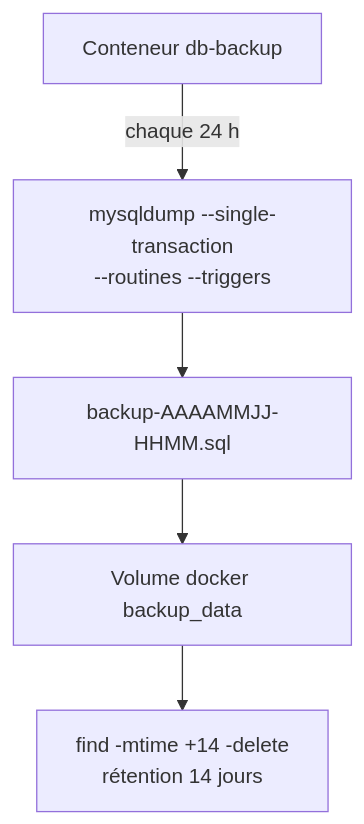
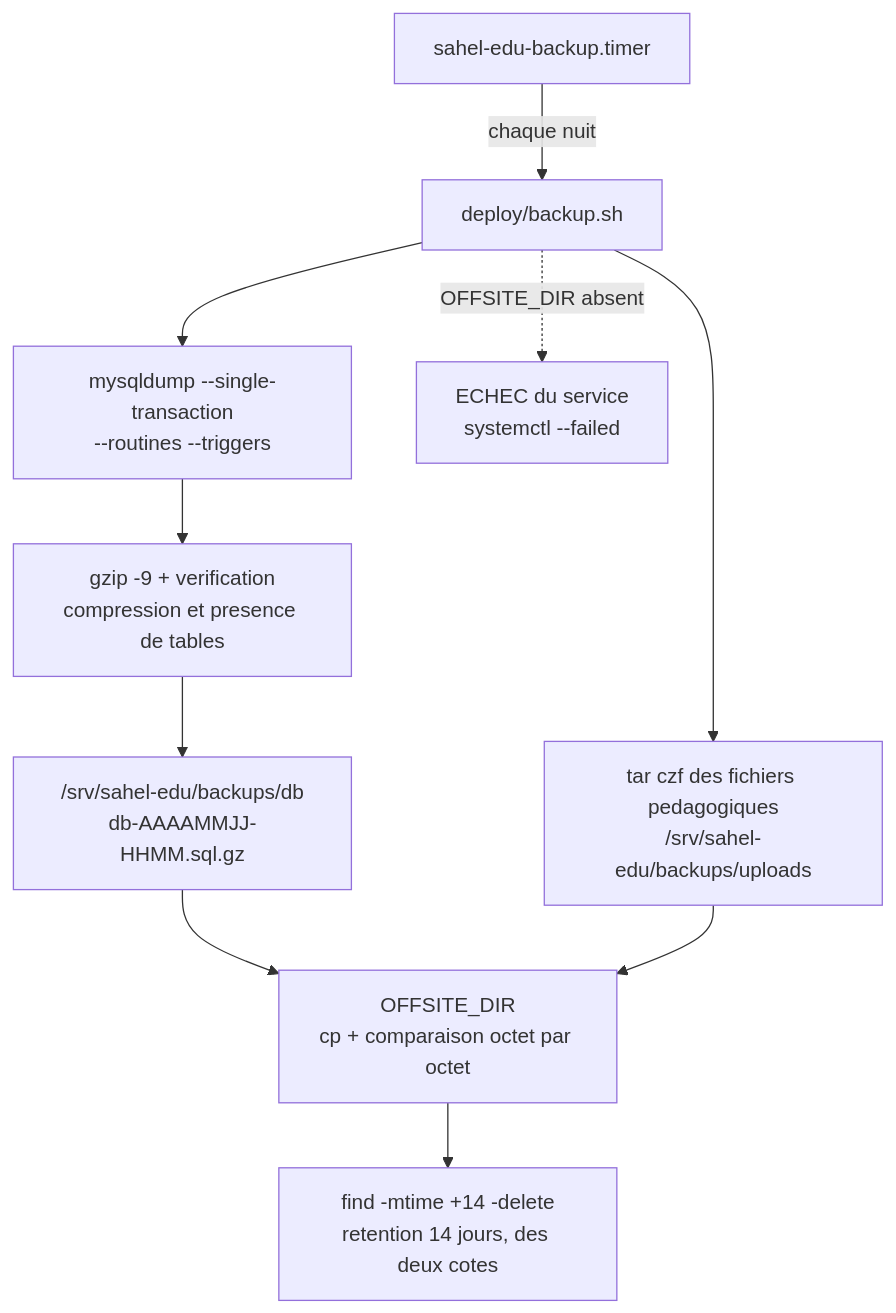
One commit to Harouna223/school-management-system changed the fifth of 5 diagrams in docs/DIAGRAMMES.md. Above: the diagram before and after it, drawn with Mermaid. The commit also changed other lines of this file and 8 other files, not shown here.

````diff
--- a/docs/DIAGRAMMES.md
+++ b/docs/DIAGRAMMES.md
@@ -120,7 +123,12 @@
 ```mermaid
 flowchart TD
-  BK[Conteneur db-backup] -->|chaque 24 h| D[mysqldump --single-transaction\n--routines --triggers]
-  D --> F1[backup-AAAAMMJJ-HHMM.sql]
-  F1 --> V[Volume docker backup_data]
-  V --> R[find -mtime +14 -delete\nrétention 14 jours]
+  T[sahel-edu-backup.timer] -->|chaque nuit| S[deploy/backup.sh]
+  S --> D[mysqldump --single-transaction\n--routines --triggers]
+  D --> G[gzip -9 + verification\ncompression et presence de tables]
+  G --> L["/srv/sahel-edu/backups/db\ndb-AAAAMMJJ-HHMM.sql.gz"]
+  S --> U["tar czf des fichiers pedagogiques\n/srv/sahel-edu/backups/uploads"]
+  L --> O[OFFSITE_DIR\ncp + comparaison octet par octet]
+  U --> O
+  O --> R[find -mtime +14 -delete\nretention 14 jours, des deux cotes]
+  S -.->|OFFSITE_DIR absent| E[ECHEC du service\nsystemctl --failed]
 ```
````
